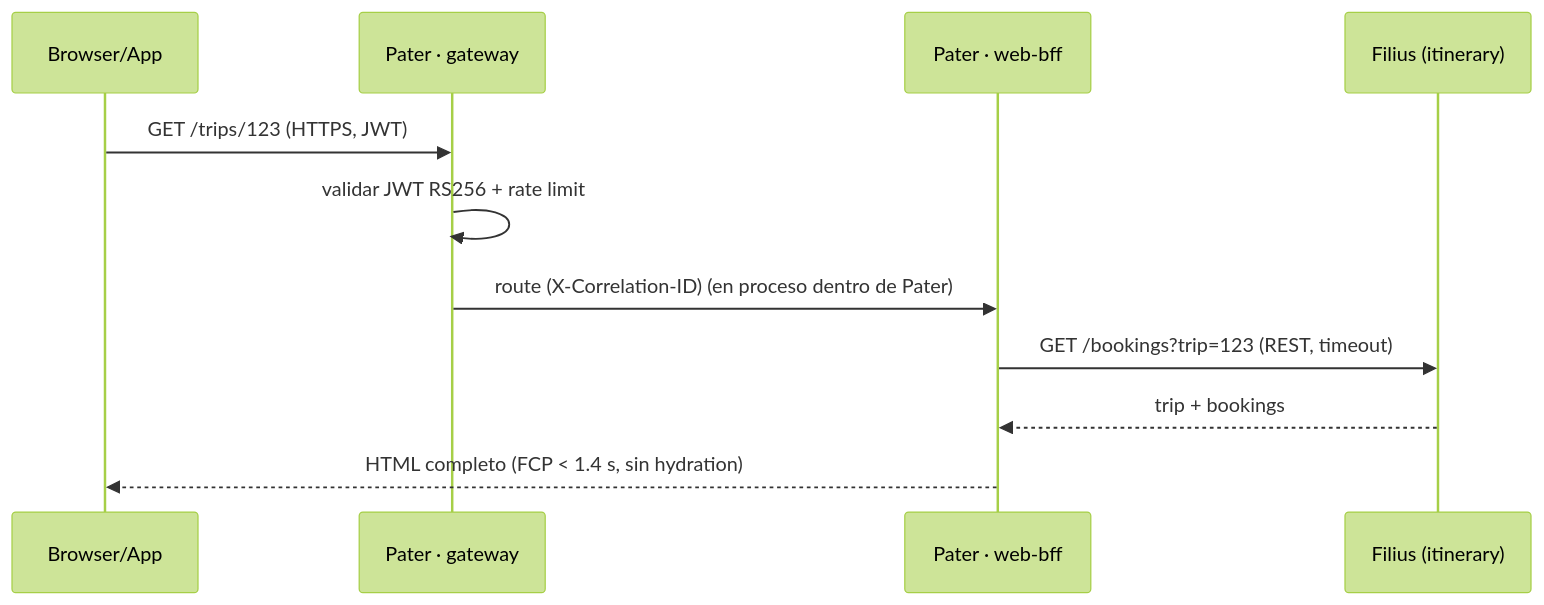
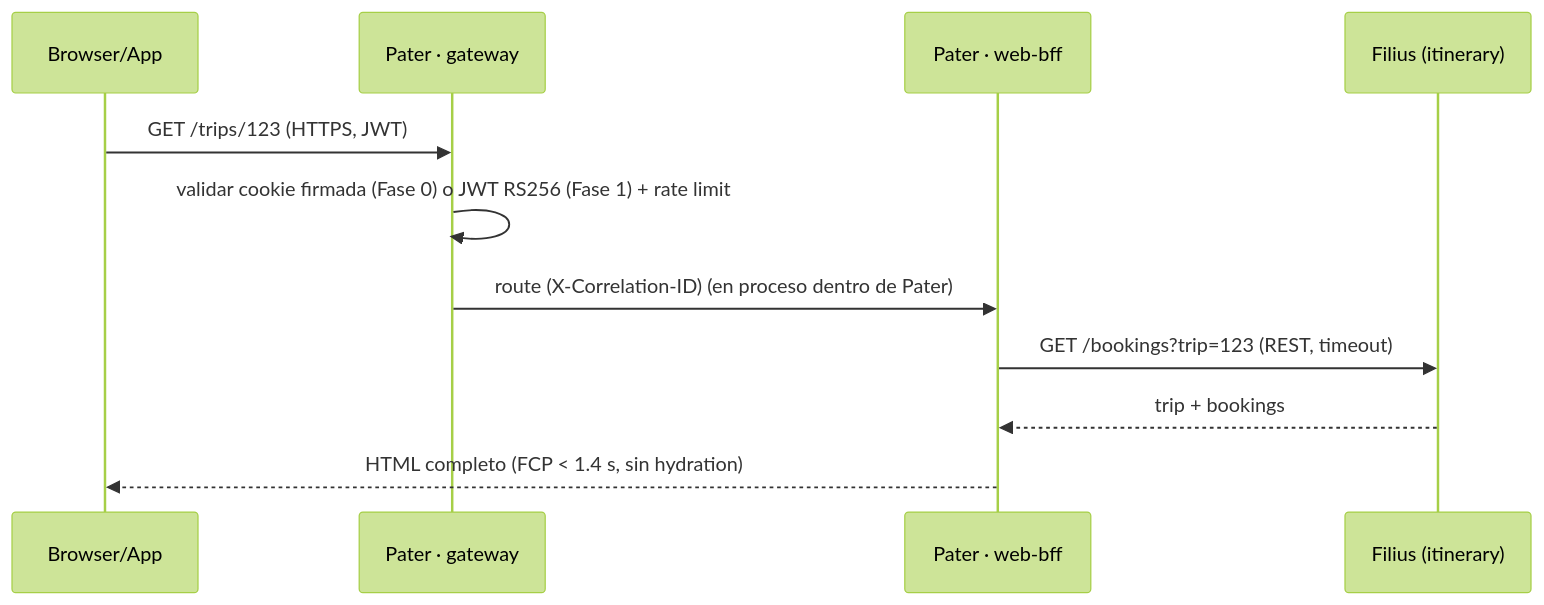
One commit to az-juan/trotamundos changed the second of 2 diagrams in trinity/units/02-pater-facade.md. Above: the diagram before and after it, drawn with Mermaid (forest theme). The commit also changed other lines of this file and 98 other files, not shown here.

````diff
--- a/trinity/units/02-pater-facade.md
+++ b/trinity/units/02-pater-facade.md
@@ -73,13 +74,13 @@
 ```mermaid
 sequenceDiagram
     participant U as Browser/App
     participant G as Pater · gateway
     participant WB as Pater · web-bff
     participant FI as Filius (itinerary)
     U->>G: GET /trips/123 (HTTPS, JWT)
-    G->>G: validar JWT RS256 + rate limit
+    G->>G: validar cookie firmada (Fase 0) o JWT RS256 (Fase 1) + rate limit
     G->>WB: route (X-Correlation-ID) (en proceso dentro de Pater)
     WB->>FI: GET /bookings?trip=123 (REST, timeout)
     FI-->>WB: trip + bookings
     WB-->>U: HTML completo (FCP < 1.4 s, sin hydration)
 ```
````
